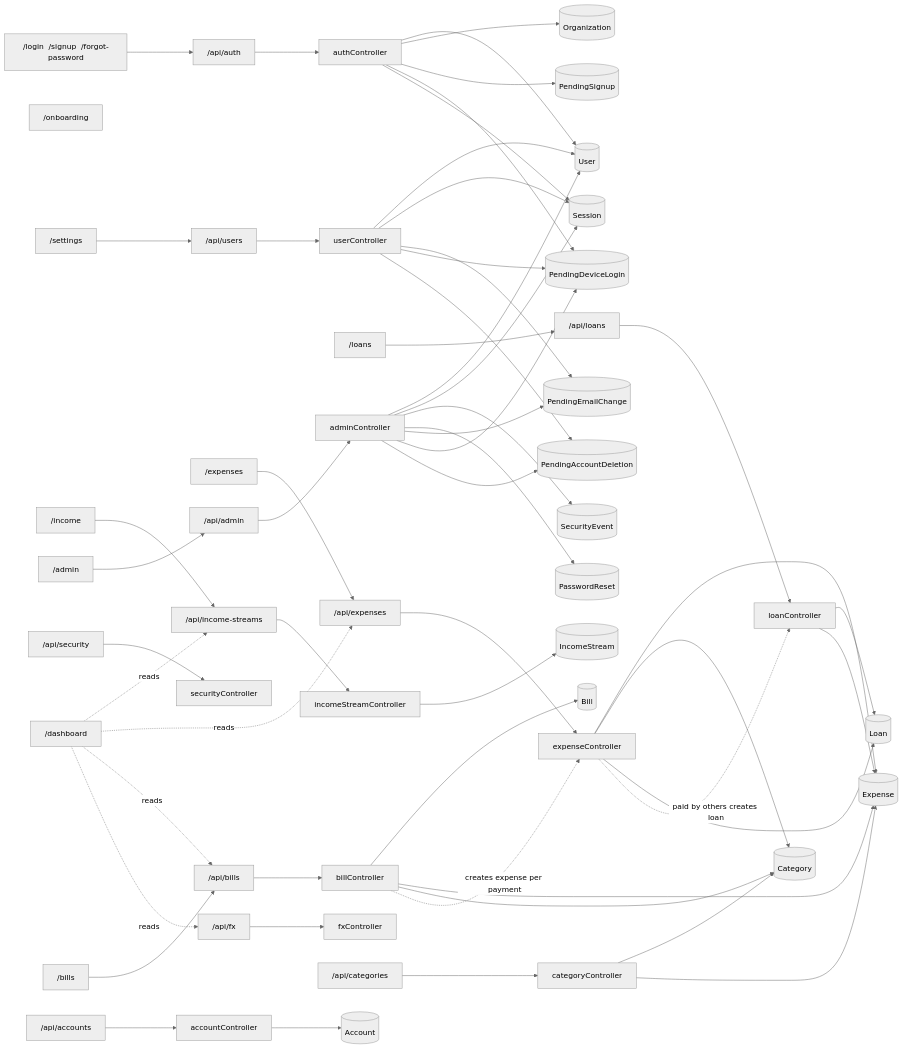
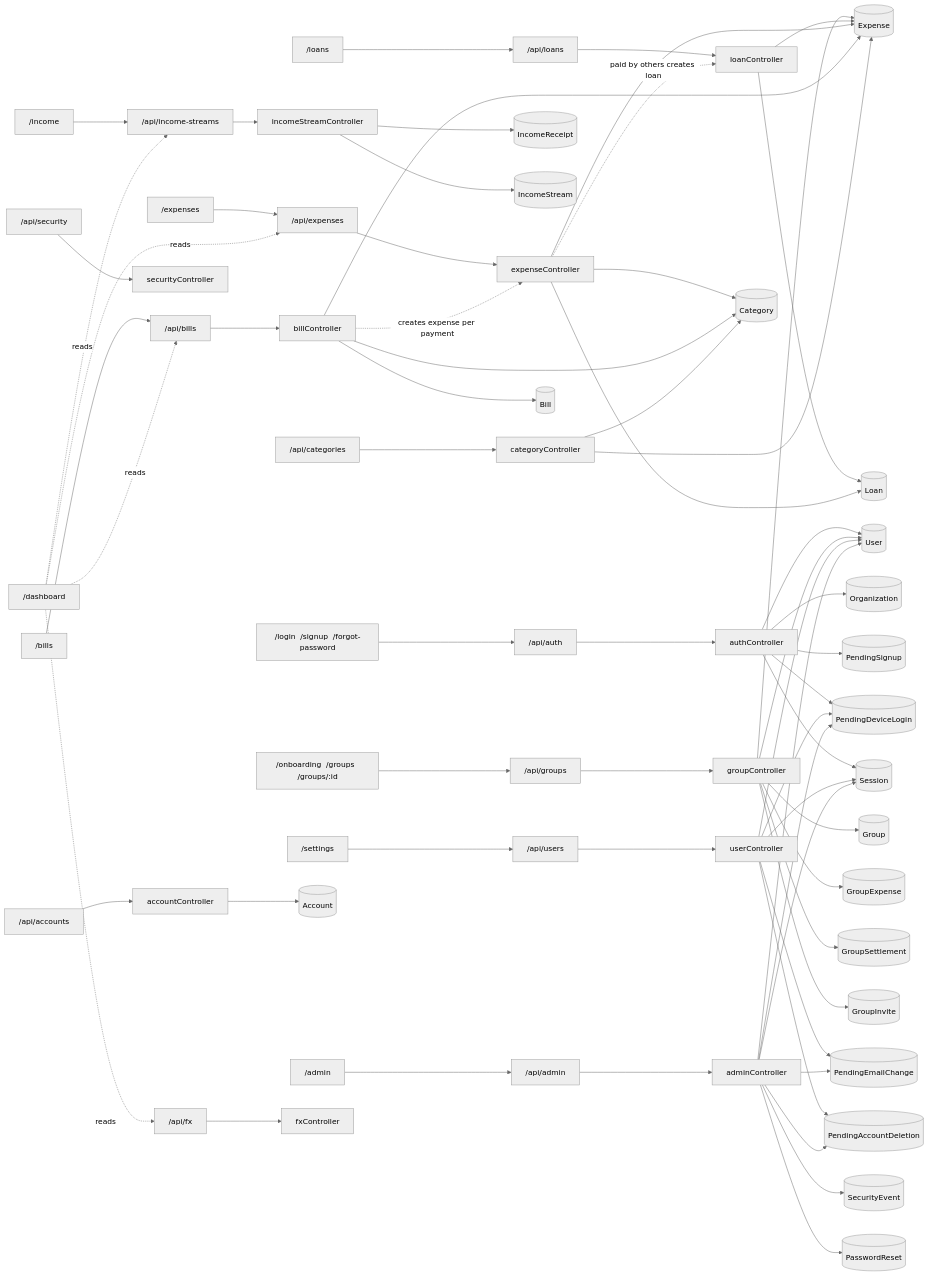
One commit to MuhammadAliMinhas66X/VaultriX changed the second of 2 diagrams in docs/APP-MAP.md. Above: the diagram before and after it, drawn with Mermaid (neutral theme). The commit also changed other lines of this file, not shown here.

````diff
--- a/docs/APP-MAP.md
+++ b/docs/APP-MAP.md
@@ -21,62 +21,70 @@
 ```mermaid
 flowchart LR
   P_auth["/login  /signup  /forgot-password"] --> A_auth["/api/auth"]
   A_auth --> K_auth["authController"]
   K_auth --> M_User[("User")]
   K_auth --> M_Organization[("Organization")]
   K_auth --> M_PendingSignup[("PendingSignup")]
   K_auth --> M_PendingDeviceLogin[("PendingDeviceLogin")]
   K_auth --> M_Session[("Session")]
-  P_shared["/onboarding"]
+  P_shared["/onboarding  /groups  /groups/:id"] --> A_shared["/api/groups"]
+  A_shared --> K_shared["groupController"]
+  K_shared --> M_Group[("Group")]
+  K_shared --> M_GroupExpense[("GroupExpense")]
+  K_shared --> M_GroupSettlement[("GroupSettlement")]
+  K_shared --> M_GroupInvite[("GroupInvite")]
+  K_shared --> M_User[("User")]
+  K_shared --> M_Expense[("Expense")]
   P_dashboard["/dashboard"]
   P_income["/income"] --> A_income["/api/income-streams"]
   A_income --> K_income["incomeStreamController"]
+  K_income --> M_IncomeReceipt[("IncomeReceipt")]
   K_income --> M_IncomeStream[("IncomeStream")]
   P_loans["/loans"] --> A_loans["/api/loans"]
   A_loans --> K_loans["loanController"]
   K_loans --> M_Loan[("Loan")]
   K_loans --> M_Expense[("Expense")]
   P_expenses["/expenses"] --> A_expenses["/api/expenses"]
   A_expenses --> K_expenses["expenseController"]
   K_expenses --> M_Expense[("Expense")]
   K_expenses --> M_Category[("Category")]
   K_expenses --> M_Loan[("Loan")]
   P_bills["/bills"] --> A_bills["/api/bills"]
   A_bills --> K_bills["billController"]
   K_bills --> M_Bill[("Bill")]
   K_bills --> M_Expense[("Expense")]
   K_bills --> M_Category[("Category")]
   P_settings["/settings"] --> A_settings["/api/users"]
   A_settings --> K_settings["userController"]
   K_settings --> M_User[("User")]
   K_settings --> M_Session[("Session")]
   K_settings --> M_PendingEmailChange[("PendingEmailChange")]
   K_settings --> M_PendingDeviceLogin[("PendingDeviceLogin")]
   K_settings --> M_PendingAccountDeletion[("PendingAccountDeletion")]
   P_admin["/admin"] --> A_admin["/api/admin"]
   A_admin --> K_admin["adminController"]
   K_admin --> M_User[("User")]
   K_admin --> M_Session[("Session")]
   K_admin --> M_SecurityEvent[("SecurityEvent")]
   K_admin --> M_PasswordReset[("PasswordReset")]
   K_admin --> M_PendingEmailChange[("PendingEmailChange")]
   K_admin --> M_PendingDeviceLogin[("PendingDeviceLogin")]
   K_admin --> M_PendingAccountDeletion[("PendingAccountDeletion")]
   A_security["/api/security"]
   A_security --> K_security["securityController"]
   A_accounts["/api/accounts"]
   A_accounts --> K_accounts["accountController"]
   K_accounts --> M_Account[("Account")]
   A_categories["/api/categories"]
   A_categories --> K_categories["categoryController"]
   K_categories --> M_Category[("Category")]
   K_categories --> M_Expense[("Expense")]
   A_rates["/api/fx"]
   A_rates --> K_rates["fxController"]
   P_dashboard -. reads .-> A_income
   P_dashboard -. reads .-> A_expenses
   P_dashboard -. reads .-> A_bills
   P_dashboard -. reads .-> A_rates
   K_bills -. creates expense per payment .-> K_expenses
   K_expenses -. paid by others creates loan .-> K_loans
 ```
````
